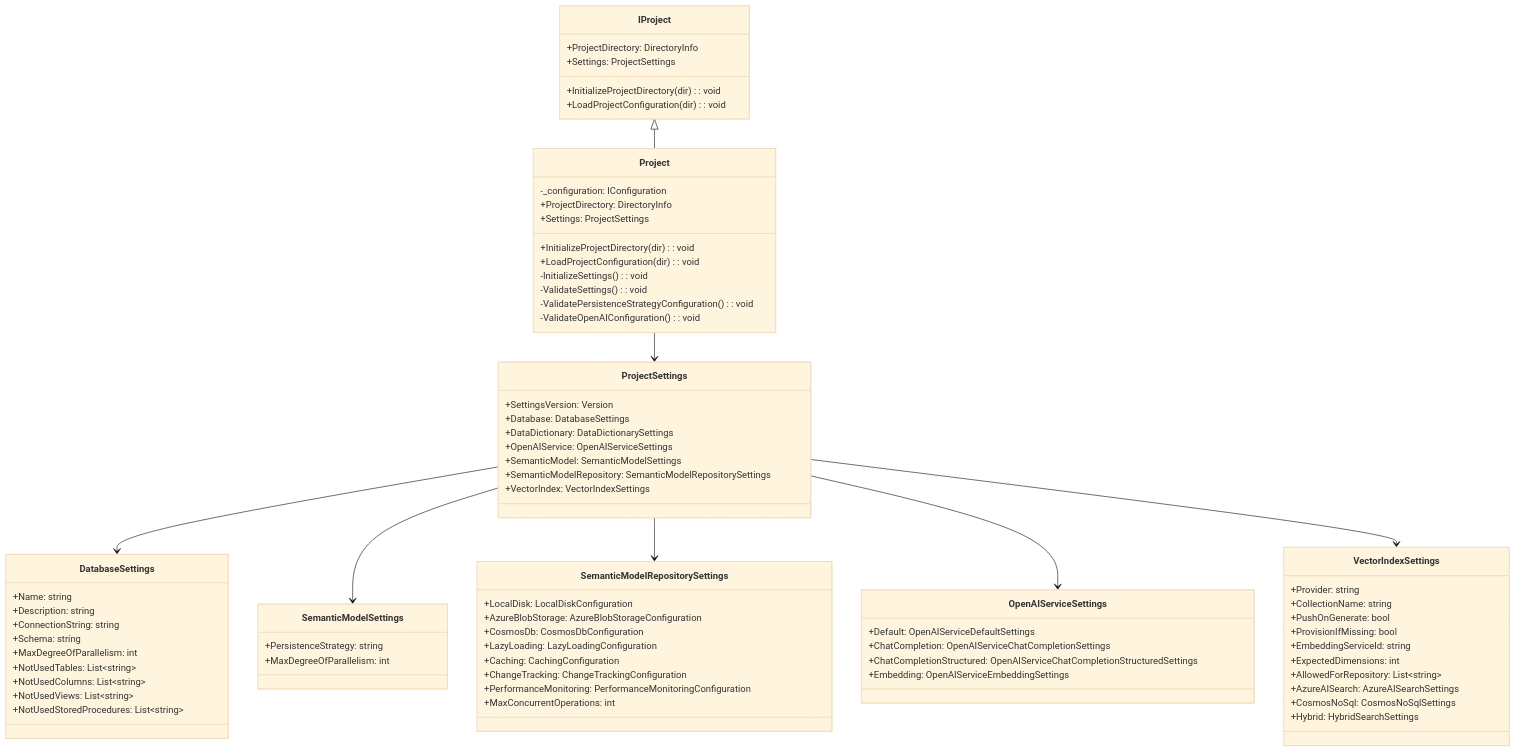
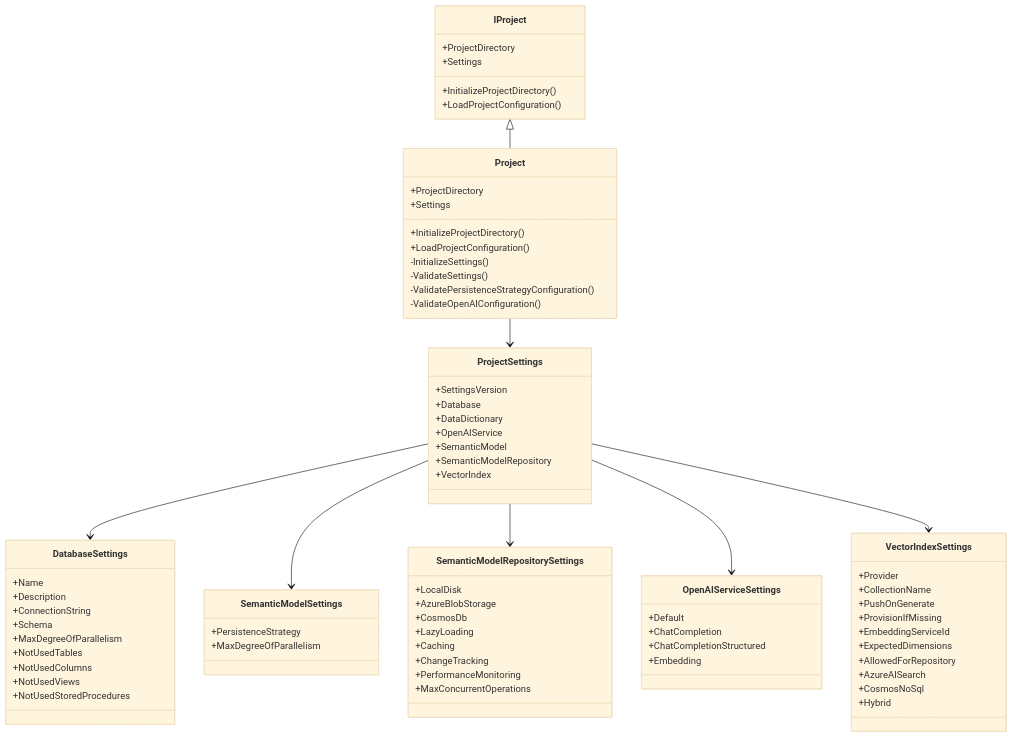
Before and after one commit to PlagueHO/genai-database-explorer: the second of 2 diagrams in docs/components/project-model-documentation.md, drawn with Mermaid (base theme).

Commit message:
CHANGE: Update interface documentation for Project model
- Refactor method signatures in class diagrams for clarity
- Remove parameter types from method declarations in documentation
- Enhance readability of Project model interface documentation

````diff
--- a/docs/components/project-model-documentation.md
+++ b/docs/components/project-model-documentation.md
@@ -62,80 +62,79 @@
 ```mermaid
 classDiagram
   class IProject {
-    +ProjectDirectory: DirectoryInfo
-    +Settings: ProjectSettings
-  +InitializeProjectDirectory(dir): void
-  +LoadProjectConfiguration(dir): void
+    +ProjectDirectory
+    +Settings
+    +InitializeProjectDirectory()
+    +LoadProjectConfiguration()
   }
 
   class Project {
-    -_configuration: IConfiguration
-    +ProjectDirectory: DirectoryInfo
-    +Settings: ProjectSettings
-  +InitializeProjectDirectory(dir): void
-  +LoadProjectConfiguration(dir): void
-  -InitializeSettings(): void
-  -ValidateSettings(): void
-  -ValidatePersistenceStrategyConfiguration(): void
-  -ValidateOpenAIConfiguration(): void
+    +ProjectDirectory
+    +Settings
+    +InitializeProjectDirectory()
+    +LoadProjectConfiguration()
+    -InitializeSettings()
+    -ValidateSettings()
+    -ValidatePersistenceStrategyConfiguration()
+    -ValidateOpenAIConfiguration()
   }
 
   class ProjectSettings {
-    +SettingsVersion: Version
-    +Database: DatabaseSettings
-    +DataDictionary: DataDictionarySettings
-    +OpenAIService: OpenAIServiceSettings
-    +SemanticModel: SemanticModelSettings
-    +SemanticModelRepository: SemanticModelRepositorySettings
-    +VectorIndex: VectorIndexSettings
+    +SettingsVersion
+    +Database
+    +DataDictionary
+    +OpenAIService
+    +SemanticModel
+    +SemanticModelRepository
+    +VectorIndex
   }
 
   class DatabaseSettings {
-    +Name: string
-    +Description: string
-    +ConnectionString: string
-    +Schema: string
-    +MaxDegreeOfParallelism: int
-    +NotUsedTables: List~string~
-    +NotUsedColumns: List~string~
-    +NotUsedViews: List~string~
-    +NotUsedStoredProcedures: List~string~
+    +Name
+    +Description
+    +ConnectionString
+    +Schema
+    +MaxDegreeOfParallelism
+    +NotUsedTables
+    +NotUsedColumns
+    +NotUsedViews
+    +NotUsedStoredProcedures
   }
 
   class SemanticModelSettings {
-    +PersistenceStrategy: string
-    +MaxDegreeOfParallelism: int
+    +PersistenceStrategy
+    +MaxDegreeOfParallelism
   }
 
   class SemanticModelRepositorySettings {
-    +LocalDisk: LocalDiskConfiguration
-    +AzureBlobStorage: AzureBlobStorageConfiguration
-    +CosmosDb: CosmosDbConfiguration
-    +LazyLoading: LazyLoadingConfiguration
-    +Caching: CachingConfiguration
-    +ChangeTracking: ChangeTrackingConfiguration
-    +PerformanceMonitoring: PerformanceMonitoringConfiguration
-    +MaxConcurrentOperations: int
+    +LocalDisk
+    +AzureBlobStorage
+    +CosmosDb
+    +LazyLoading
+    +Caching
+    +ChangeTracking
+    +PerformanceMonitoring
+    +MaxConcurrentOperations
   }
 
   class OpenAIServiceSettings {
-    +Default: OpenAIServiceDefaultSettings
-    +ChatCompletion: OpenAIServiceChatCompletionSettings
-    +ChatCompletionStructured: OpenAIServiceChatCompletionStructuredSettings
-    +Embedding: OpenAIServiceEmbeddingSettings
+    +Default
+    +ChatCompletion
+    +ChatCompletionStructured
+    +Embedding
   }
 
   class VectorIndexSettings {
-    +Provider: string
-    +CollectionName: string
-    +PushOnGenerate: bool
-    +ProvisionIfMissing: bool
-    +EmbeddingServiceId: string
-  +ExpectedDimensions: int
-  +AllowedForRepository: List~string~
-    +AzureAISearch: AzureAISearchSettings
-    +CosmosNoSql: CosmosNoSqlSettings
-    +Hybrid: HybridSearchSettings
+    +Provider
+    +CollectionName
+    +PushOnGenerate
+    +ProvisionIfMissing
+    +EmbeddingServiceId
+    +ExpectedDimensions
+    +AllowedForRepository
+    +AzureAISearch
+    +CosmosNoSql
+    +Hybrid
   }
 
   IProject <|-- Project
````
